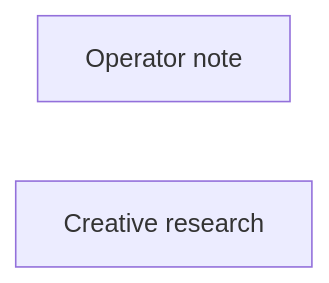
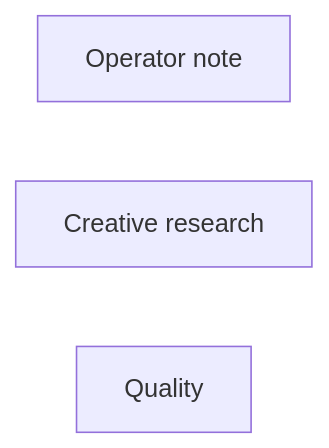
One commit to toxicoder/ez-comfy-stack changed the diagram in docs/generated/workflows/inspire/research-chat.md. Above: the diagram before and after it, drawn with Mermaid. The commit also changed other lines of this file and 644 other files, not shown here.

````diff
--- a/docs/generated/workflows/inspire/research-chat.md
+++ b/docs/generated/workflows/inspire/research-chat.md
@@ -63,5 +63,6 @@
 ```mermaid
 flowchart LR
   N1["Operator note"]
   N2["Creative research"]
+  N3["Quality"]
 ```
````
